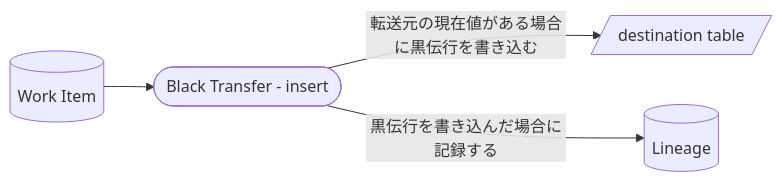
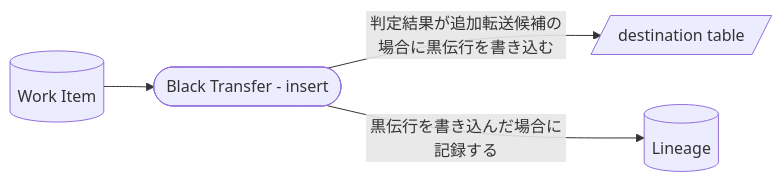
The seventh of 10 diagrams in packages/transfer/docs/processes/transfer-execution-process.md (mk3008/rawsql-ts), drawn with Mermaid before and after one commit. The commit also changed other lines of this file and 63 other files, not shown here.

````diff
--- a/packages/transfer/docs/processes/transfer-execution-process.md
+++ b/packages/transfer/docs/processes/transfer-execution-process.md
@@ -108,11 +128,11 @@
 ```mermaid
 flowchart LR
   WorkItem[("Work Item")]
   BlackTransfer(["Black Transfer - insert"])
   DestinationTable[/"destination table"/]
   Lineage[("Lineage")]
 
   WorkItem --> BlackTransfer
-  BlackTransfer -->|"転送元の現在値がある場合に黒伝行を書き込む"| DestinationTable
+  BlackTransfer -->|"判定結果が追加転送候補の場合に黒伝行を書き込む"| DestinationTable
   BlackTransfer -->|"黒伝行を書き込んだ場合に記録する"| Lineage
 ```
````
